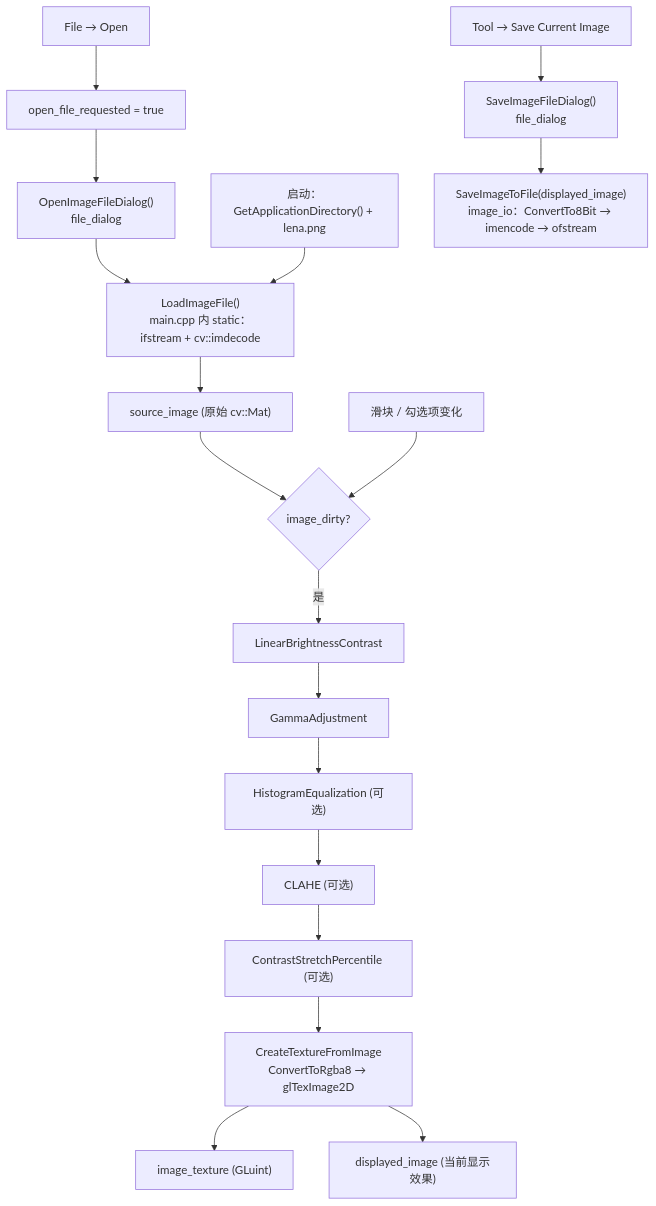
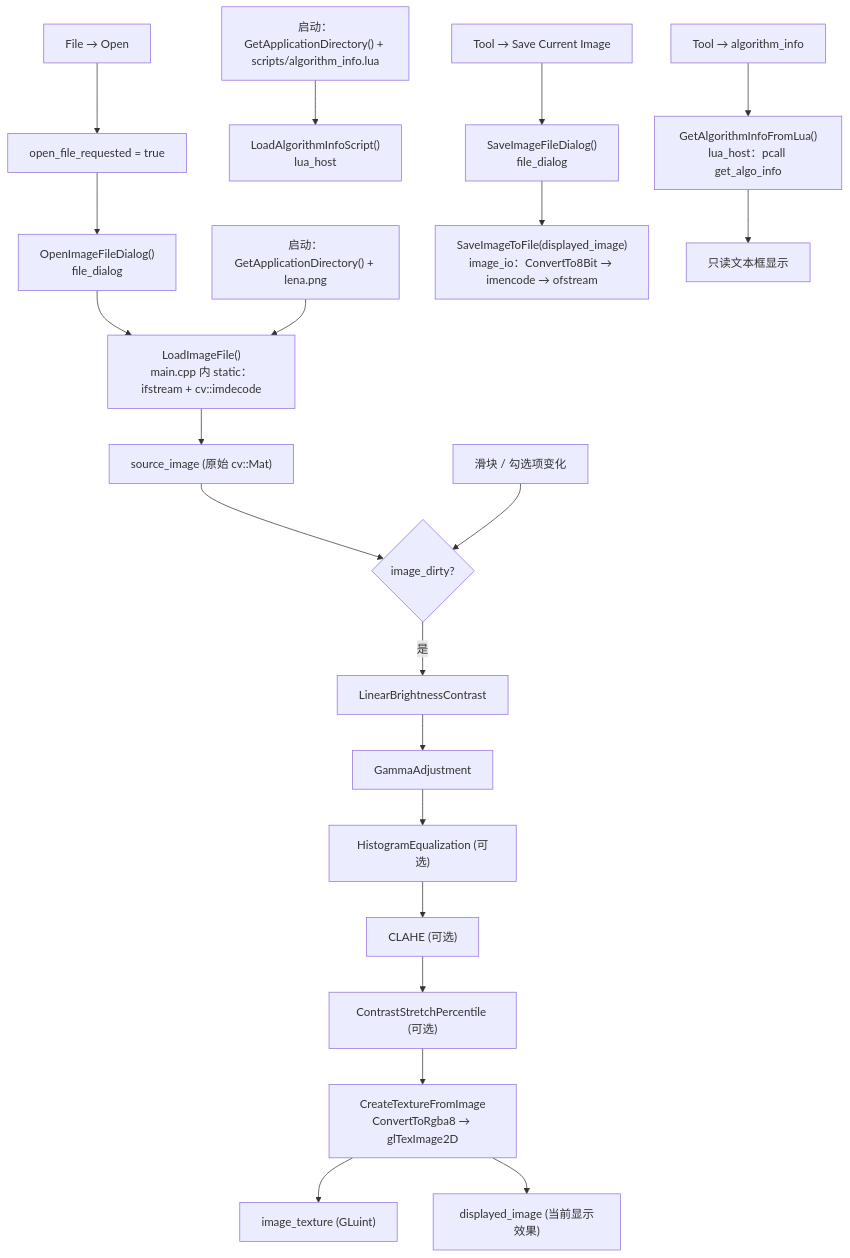
One commit to YunKaiRiYueLang/image_contrast_light_tools changed the third of 3 diagrams in README.md. Above: the diagram before and after it, drawn with Mermaid. The commit also changed other lines of this file, not shown here.

Commit message:
Document Lua integration in README

````diff
--- a/README.md
+++ b/README.md
@@ -91,23 +107,27 @@
 ```mermaid
 flowchart TD
     A["File → Open"] --> B["open_file_requested = true"]
     B --> C["OpenImageFileDialog()<br/>file_dialog"]
     C --> D["LoadImageFile()<br/>main.cpp 内 static：ifstream + cv::imdecode"]
     D --> E["source_image (原始 cv::Mat)"]
 
     E --> F{"image_dirty?"}
     G["滑块 / 勾选项变化"] --> F
     H["启动：GetApplicationDirectory() + lena.png"] --> D
+    W["启动：GetApplicationDirectory() + scripts/algorithm_info.lua"] --> X["LoadAlgorithmInfoScript()<br/>lua_host"]
 
     F -->|是| I["LinearBrightnessContrast"]
     I --> J["GammaAdjustment"]
     J --> K["HistogramEqualization (可选)"]
     K --> L["CLAHE (可选)"]
     L --> M["ContrastStretchPercentile (可选)"]
     M --> N["CreateTextureFromImage<br/>ConvertToRgba8 → glTexImage2D"]
     N --> O["image_texture (GLuint)"]
     N --> P["displayed_image (当前显示效果)"]
 
     Q["Tool → Save Current Image"] --> R["SaveImageFileDialog()<br/>file_dialog"]
     R --> S["SaveImageToFile(displayed_image)<br/>image_io：ConvertTo8Bit → imencode → ofstream"]
+
+    T["Tool → algorithm_info"] --> U["GetAlgorithmInfoFromLua()<br/>lua_host：pcall get_algo_info"]
+    U --> V["只读文本框显示"]
 ```
````
